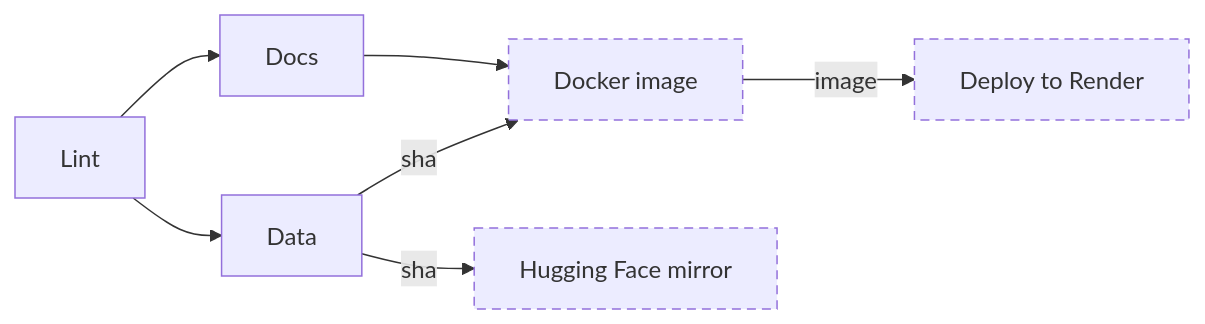
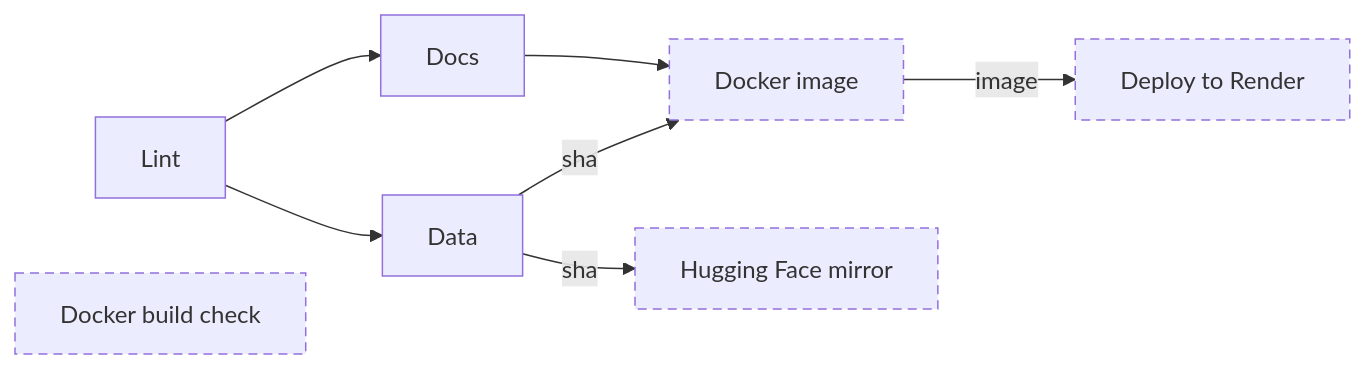
Before and after one commit to tryph0n/hybrid-tracker: the second of 3 diagrams in docs/architecture.md, drawn with Mermaid. The commit also changed other lines of this file and 4 other files, not shown here.

First line of the commit message:
ci(image): build and smoke-test the image on pull requests

````diff
--- a/docs/architecture.md
+++ b/docs/architecture.md
@@ -55,16 +55,17 @@
 ```mermaid
 flowchart LR
   classDef conditional stroke-dasharray: 6 4
   job_lint["Lint"]
   job_data["Data"]
   job_docs["Docs"]
+  job_image_check["Docker build check"]:::conditional
   job_image["Docker image"]:::conditional
   job_deploy["Deploy to Render"]:::conditional
   job_mirror["Hugging Face mirror"]:::conditional
   job_lint --> job_data
   job_lint --> job_docs
   job_data -->|sha| job_image
   job_docs --> job_image
   job_image -->|image| job_deploy
   job_data -->|sha| job_mirror
 ```
````
